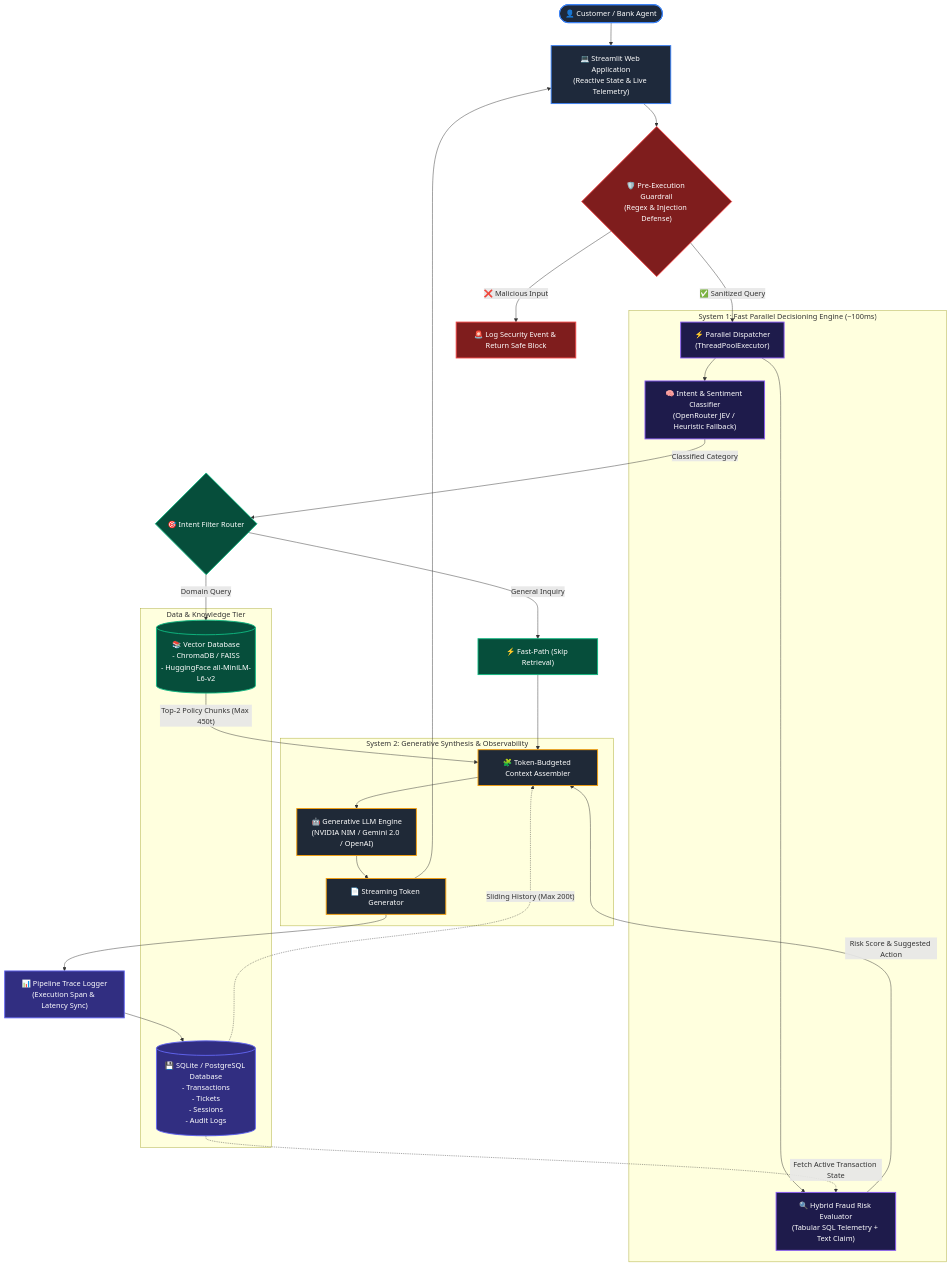
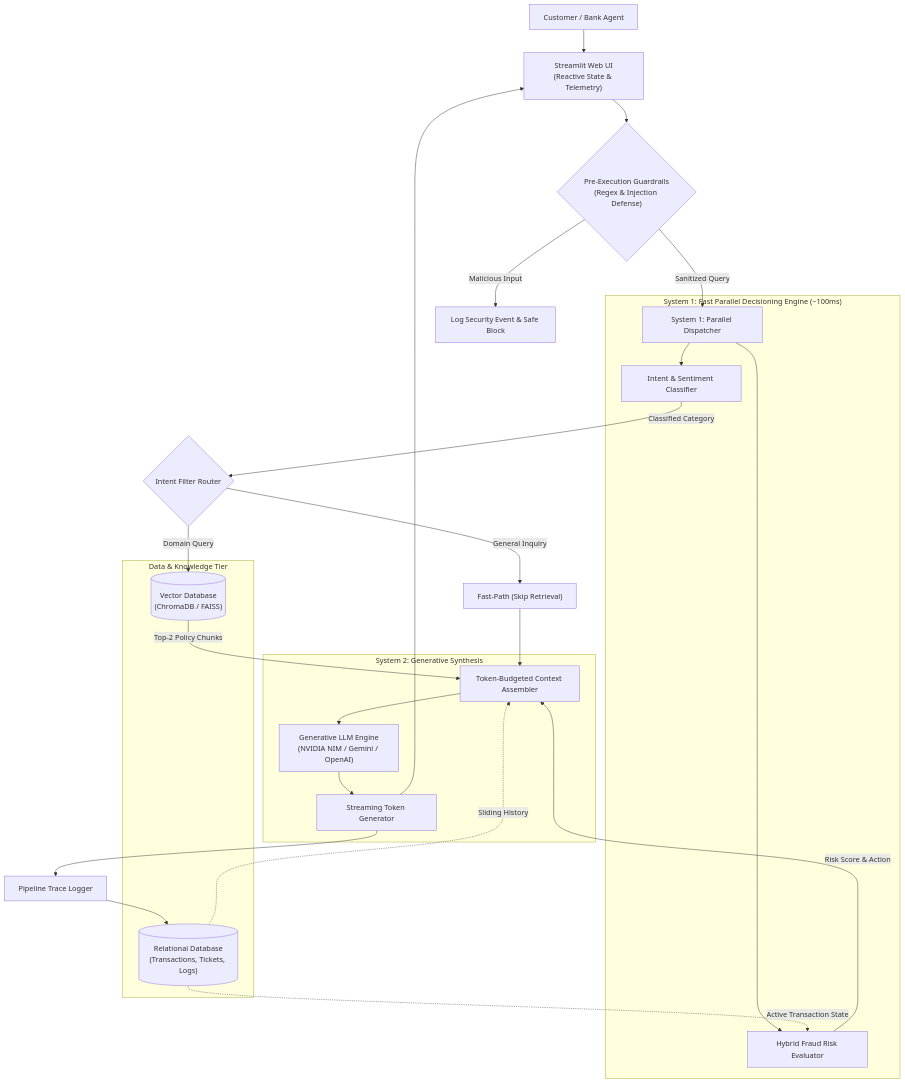
The second of 3 diagrams in README.md (saravanakarthikeyanA/safebank-cognitive-rag), drawn with Mermaid before and after one commit. The commit also changed other lines of this file, not shown here.

Commit message:
docs: fix Mermaid diagrams and formatting for GitHub rendering compatibility

````diff
--- a/README.md
+++ b/README.md
@@ -111,45 +70,38 @@
 ```mermaid
 flowchart TD
-    classDef client fill:#1e293b,stroke:#3b82f6,stroke-width:2px,color:#fff;
-    classDef security fill:#7f1d1d,stroke:#ef4444,stroke-width:2px,color:#fff;
-    classDef system1 fill:#1e1b4b,stroke:#8b5cf6,stroke-width:2px,color:#fff;
-    classDef rag fill:#064e3b,stroke:#10b981,stroke-width:2px,color:#fff;
-    classDef system2 fill:#1f2937,stroke:#f59e0b,stroke-width:2px,color:#fff;
-    classDef persistence fill:#312e81,stroke:#6366f1,stroke-width:2px,color:#fff;
+    User["Customer / Bank Agent"] --> UI["Streamlit Web UI<br/>(Reactive State & Telemetry)"]
+    UI --> Guard{"Pre-Execution Guardrails<br/>(Regex & Injection Defense)"}
 
-    User(["👤 Customer / Bank Agent"]):::client --> UI["💻 Streamlit Web Application\n(Reactive State & Live Telemetry)"]:::client
-    UI --> Guard{"🛡️ Pre-Execution Guardrail\n(Regex & Injection Defense)"}:::security
-
-    Guard -- "❌ Malicious Input" --> SecLog["🚨 Log Security Event & Return Safe Block"]:::security
-    Guard -- "✅ Sanitized Query" --> Dispatcher["⚡ Parallel Dispatcher\n(ThreadPoolExecutor)"]:::system1
+    Guard -->|"Malicious Input"| SecLog["Log Security Event & Safe Block"]
+    Guard -->|"Sanitized Query"| Dispatcher["System 1: Parallel Dispatcher"]
 
     subgraph FastPath ["System 1: Fast Parallel Decisioning Engine (~100ms)"]
-        Dispatcher --> IntentEngine["🧠 Intent & Sentiment Classifier\n(OpenRouter JEV / Heuristic Fallback)"]:::system1
-        Dispatcher --> FraudEngine["🔍 Hybrid Fraud Risk Evaluator\n(Tabular SQL Telemetry + Text Claim)"]:::system1
+        Dispatcher --> IntentEngine["Intent & Sentiment Classifier"]
+        Dispatcher --> FraudEngine["Hybrid Fraud Risk Evaluator"]
     end
 
     subgraph DataStore ["Data & Knowledge Tier"]
-        DB[(💾 SQLite / PostgreSQL Database\n- Transactions\n- Tickets\n- Sessions\n- Audit Logs)]:::persistence
-        VectorDB[(📚 Vector Database\n- ChromaDB / FAISS\n- HuggingFace all-MiniLM-L6-v2)]:::rag
+        DB[("Relational Database<br/>(Transactions, Tickets, Logs)")]
+        VectorDB[("Vector Database<br/>(ChromaDB / FAISS)")]
     end
 
-    DB -.->|"Fetch Active Transaction State"| FraudEngine
+    DB -.->|"Active Transaction State"| FraudEngine
 
-    IntentEngine -->|"Classified Category"| Router{"🎯 Intent Filter Router"}:::rag
+    IntentEngine -->|"Classified Category"| Router{"Intent Filter Router"}
     Router -->|"Domain Query"| VectorDB
-    Router -->|"General Inquiry"| SkipRAG["⚡ Fast-Path (Skip Retrieval)"]:::rag
+    Router -->|"General Inquiry"| SkipRAG["Fast-Path (Skip Retrieval)"]
 
-    VectorDB -->|"Top-2 Policy Chunks (Max 450t)"| ContextBuffer["🧩 Token-Budgeted Context Assembler"]:::system2
+    VectorDB -->|"Top-2 Policy Chunks"| ContextBuffer["Token-Budgeted Context Assembler"]
     SkipRAG --> ContextBuffer
-    DB -.->|"Sliding History (Max 200t)"| ContextBuffer
-    FraudEngine -->|"Risk Score & Suggested Action"| ContextBuffer
+    DB -.->|"Sliding History"| ContextBuffer
+    FraudEngine -->|"Risk Score & Action"| ContextBuffer
 
-    subgraph Synthesis ["System 2: Generative Synthesis & Observability"]
-        ContextBuffer --> LLM["🤖 Generative LLM Engine\n(NVIDIA NIM / Gemini 2.0 / OpenAI)"]:::system2
-        LLM --> TokenStream["📄 Streaming Token Generator"]:::system2
+    subgraph Synthesis ["System 2: Generative Synthesis"]
+        ContextBuffer --> LLM["Generative LLM Engine<br/>(NVIDIA NIM / Gemini / OpenAI)"]
+        LLM --> TokenStream["Streaming Token Generator"]
     end
 
     TokenStream --> UI
-    TokenStream --> DBLogger["📊 Pipeline Trace Logger\n(Execution Span & Latency Sync)"]:::persistence
+    TokenStream --> DBLogger["Pipeline Trace Logger"]
     DBLogger --> DB
 ```
````
